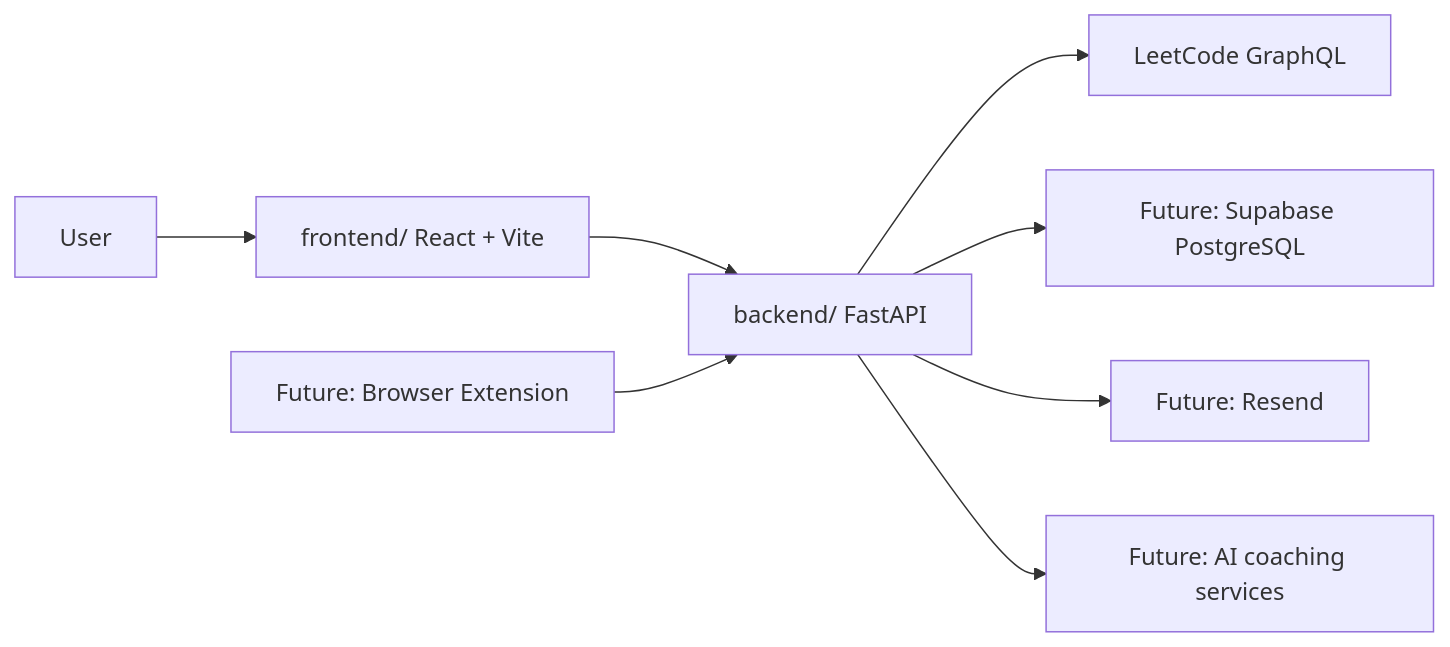
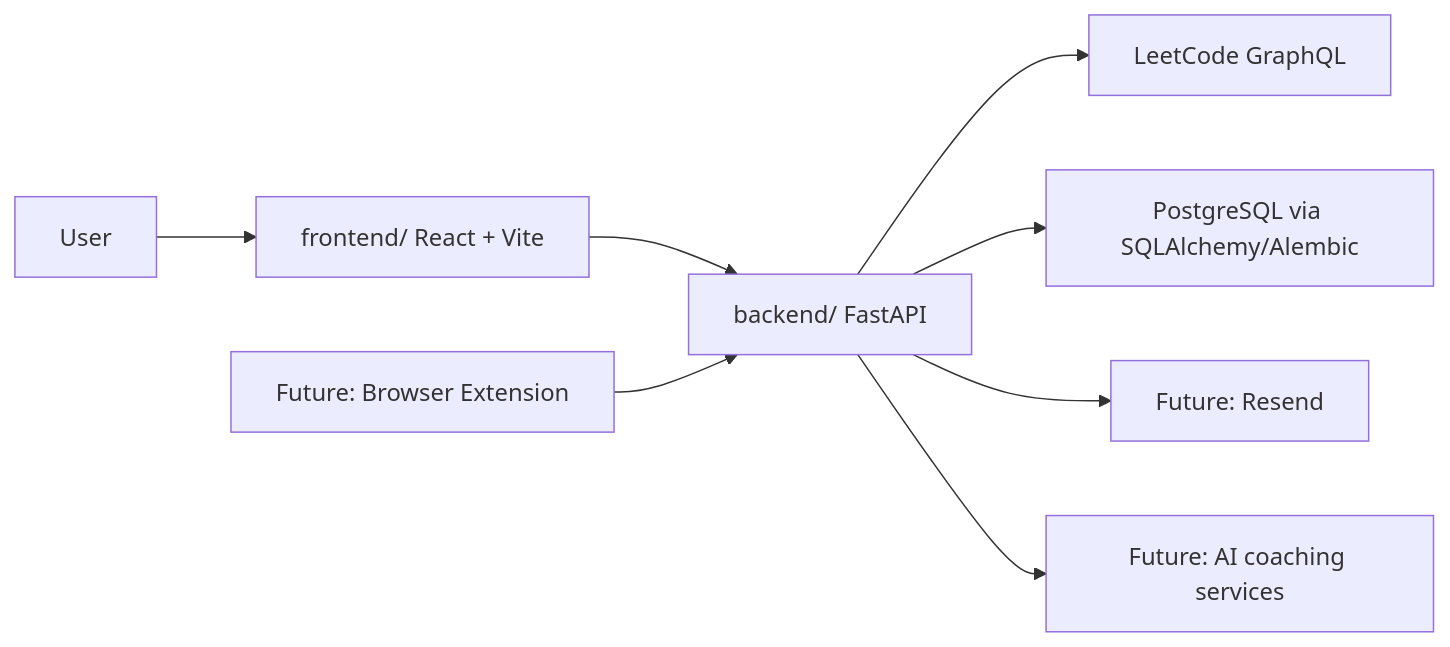
One commit to kprashanth01/leettrack changed the diagram in docs/architecture.md. Above: the diagram before and after it, drawn with Mermaid. The commit also changed other lines of this file and 18 other files, not shown here.

````diff
--- a/docs/architecture.md
+++ b/docs/architecture.md
@@ -5,11 +5,11 @@
 ```mermaid
 flowchart LR
   User["User"] --> Frontend["frontend/ React + Vite"]
   Frontend --> Backend["backend/ FastAPI"]
   Backend --> LeetCode["LeetCode GraphQL"]
-  Backend --> FutureDatabase["Future: Supabase PostgreSQL"]
+  Backend --> Database["PostgreSQL via SQLAlchemy/Alembic"]
   Backend --> FutureEmail["Future: Resend"]
   Backend --> FutureAI["Future: AI coaching services"]
 
   Extension["Future: Browser Extension"] --> Backend
 ```
````
